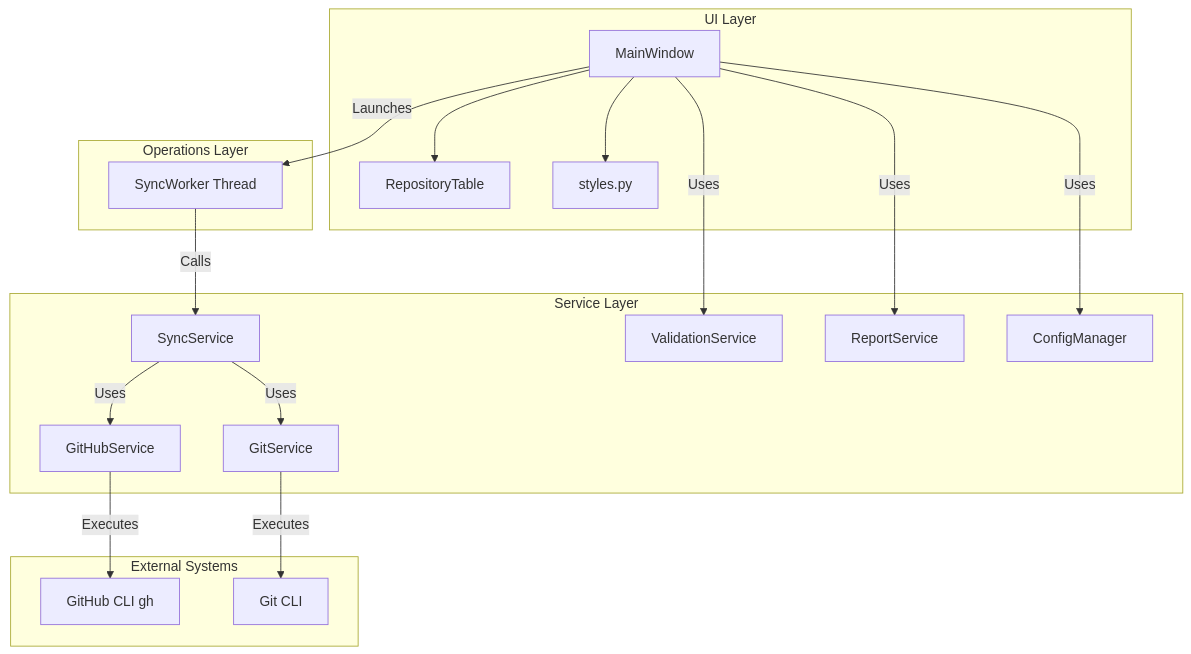
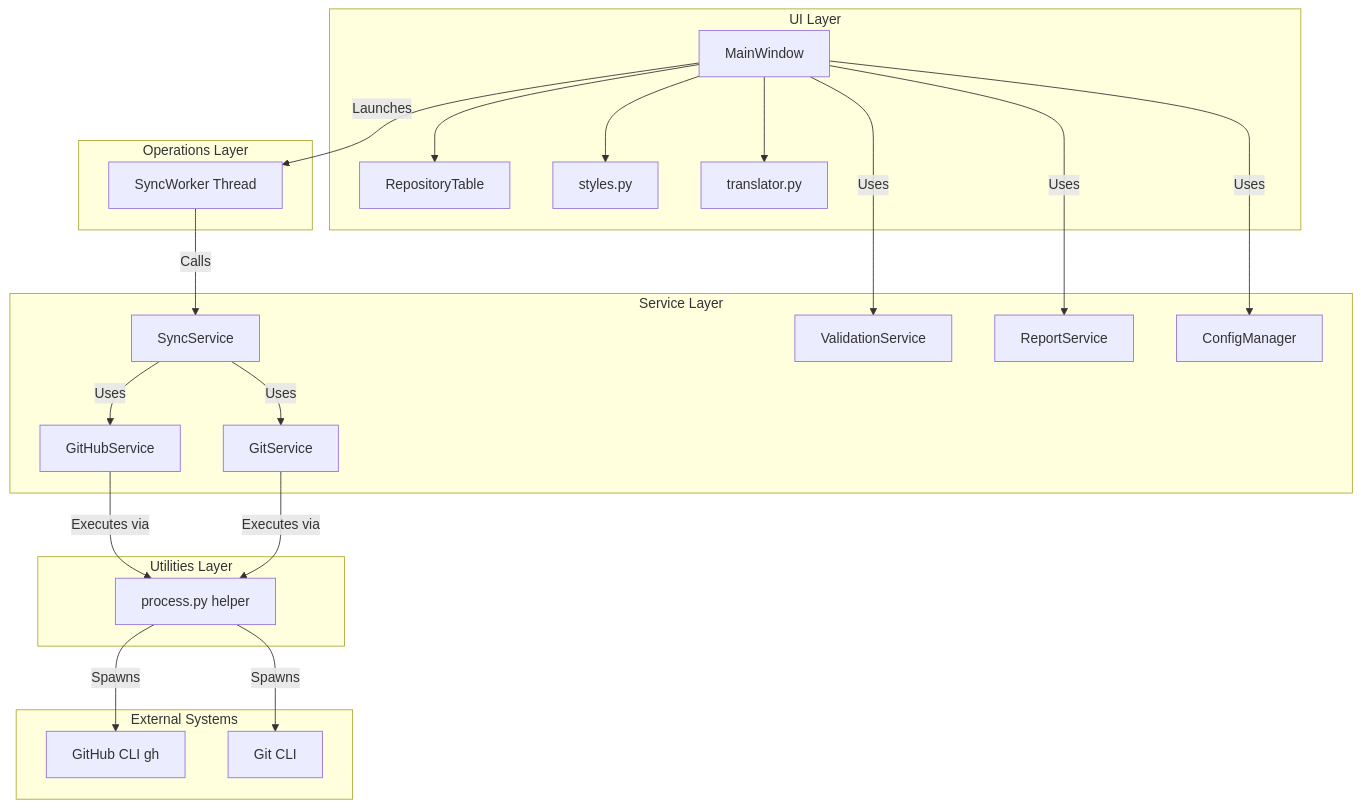
One commit to MatthiasLew/github-org-sync changed the diagram in docs/ARCHITECTURE.md. Above: the diagram before and after it, drawn with Mermaid. The commit also changed other lines of this file and 25 other files, not shown here.

````diff
--- a/docs/ARCHITECTURE.md
+++ b/docs/ARCHITECTURE.md
@@ -7,35 +7,42 @@
 ```mermaid
 graph TD
     subgraph UI Layer
         A[MainWindow] --> B[RepositoryTable]
         A --> C[styles.py]
+        A --> M[translator.py]
     end
 
     subgraph Operations Layer
         D[SyncWorker Thread]
     end
 
     subgraph Service Layer
         E[SyncService]
         F[GitHubService]
         G[GitService]
         H[ValidationService]
         I[ReportService]
         K[ConfigManager]
     end
 
+    subgraph Utilities Layer
+        P[process.py helper]
+    end
+
     subgraph External Systems
         J[GitHub CLI gh]
         L[Git CLI]
     end
 
     A -->|Launches| D
     D -->|Calls| E
     E -->|Uses| G
     E -->|Uses| F
-    F -->|Executes| J
-    G -->|Executes| L
+    F -->|Executes via| P
+    G -->|Executes via| P
+    P -->|Spawns| J
+    P -->|Spawns| L
     A -->|Uses| H
     A -->|Uses| I
     A -->|Uses| K
 ```
````
